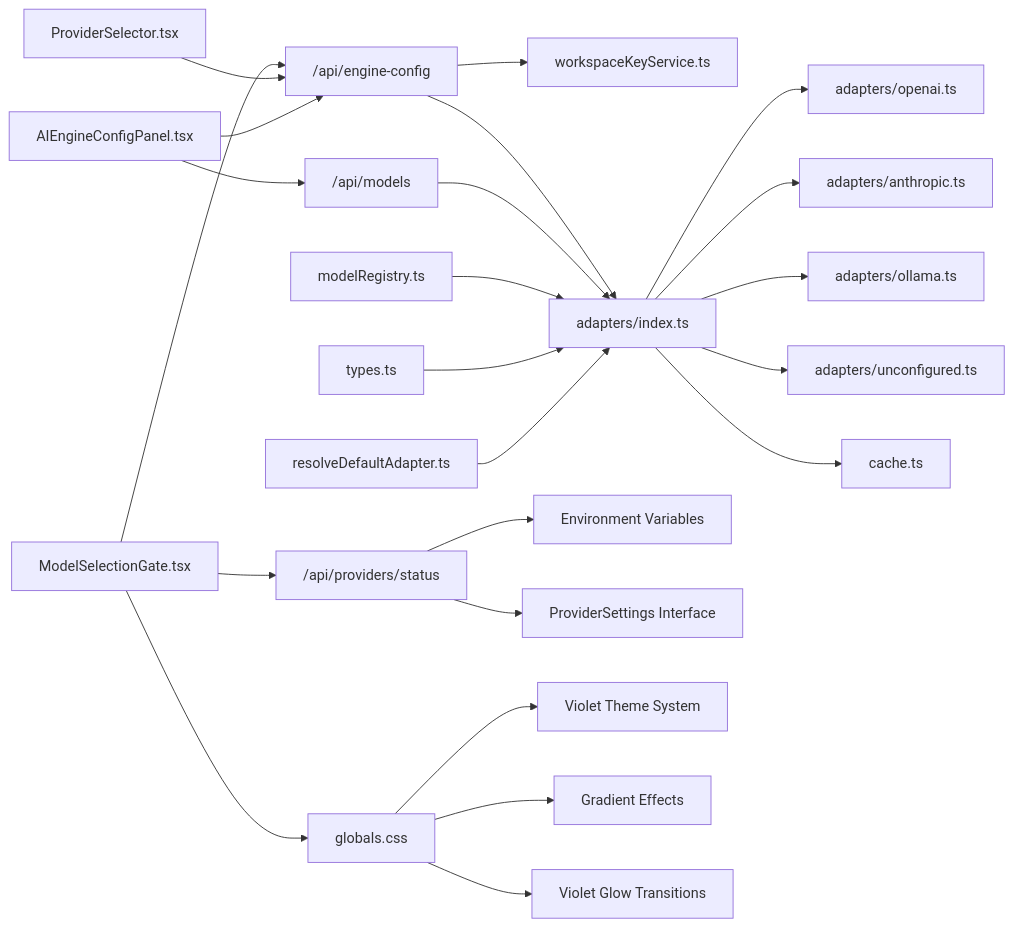
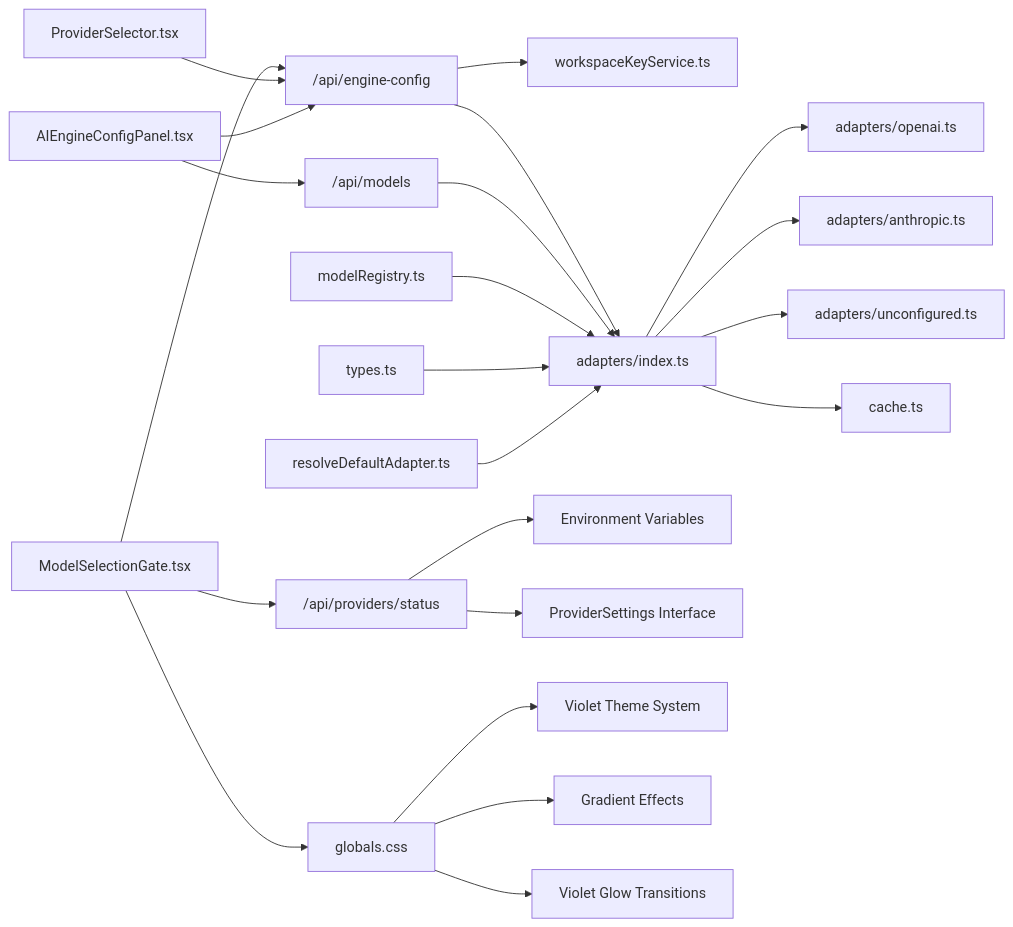
Before and after one commit to shekhargiri005-dotcom/AI-powered-accessibility-first-UI-engine: diagram 13 of 13 in .qoder/repowiki/en/content/AI Generation Engine/Model Configuration & Selection/Model Configuration & Selection.md, drawn with Mermaid. The commit also changed other lines of this file and 7 other files, not shown here.

````diff
--- a/.qoder/repowiki/en/content/AI Generation Engine/Model Configuration & Selection/Model Configuration & Selection.md
+++ b/.qoder/repowiki/en/content/AI Generation Engine/Model Configuration & Selection/Model Configuration & Selection.md
@@ -664,25 +652,24 @@
 ```mermaid
 graph LR
 MSG["ModelSelectionGate.tsx"] --> PSAPI["/api/providers/status"]
 MSG --> EC["/api/engine-config"]
 MSG --> CSS["globals.css"]
 PS["ProviderSelector.tsx"] --> EC
 UI["AIEngineConfigPanel.tsx"] --> EC
 UI --> AM["/api/models"]
 EC --> WS["workspaceKeyService.ts"]
 EC --> IDX["adapters/index.ts"]
 AM --> IDX
 IDX --> OA["adapters/openai.ts"]
 IDX --> AA["adapters/anthropic.ts"]
-IDX --> OL["adapters/ollama.ts"]
 IDX --> UA["adapters/unconfigured.ts"]
 IDX --> CA["cache.ts"]
 MR["modelRegistry.ts"] --> IDX
 TY["types.ts"] --> IDX
 PSAPI --> ENV["Environment Variables"]
 PSAPI --> SETTINGS["ProviderSettings Interface"]
 CSS --> THEME["Violet Theme System"]
 CSS --> GRADIENTS["Gradient Effects"]
 CSS --> GLOW["Violet Glow Transitions"]
 RDA["resolveDefaultAdapter.ts"] --> IDX
 ```
````
